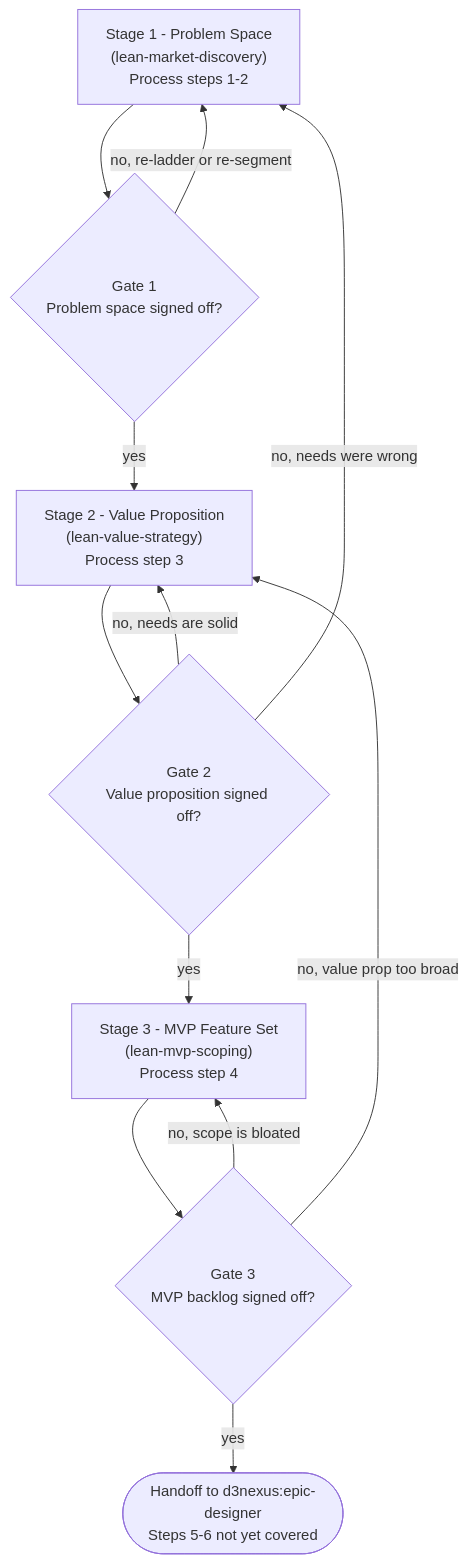
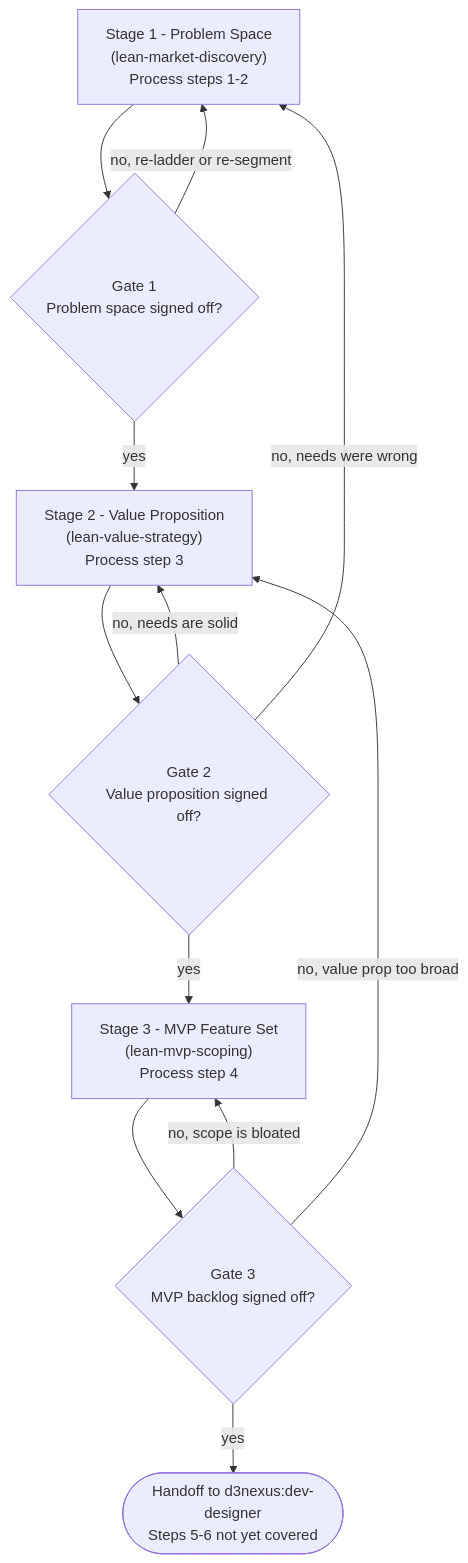
Before and after one commit to DanhDue/ai-agent-tools: the diagram in skills/lean-product-lifecycle/SKILL.md, drawn with Mermaid. The commit also changed other lines of this file and 27 other files, not shown here.

First line of the commit message:
[DOC_LIFECYCLE] Rename the epic-* skills to dev-*

````diff
--- a/skills/lean-product-lifecycle/SKILL.md
+++ b/skills/lean-product-lifecycle/SKILL.md
@@ -77,22 +77,22 @@
 ```mermaid
 flowchart TD
     S1["Stage 1 - Problem Space<br/>(lean-market-discovery)<br/>Process steps 1-2"]
     G1{"Gate 1<br/>Problem space signed off?"}
     S2["Stage 2 - Value Proposition<br/>(lean-value-strategy)<br/>Process step 3"]
     G2{"Gate 2<br/>Value proposition signed off?"}
     S3["Stage 3 - MVP Feature Set<br/>(lean-mvp-scoping)<br/>Process step 4"]
     G3{"Gate 3<br/>MVP backlog signed off?"}
-    OUT(["Handoff to d3nexus:epic-designer<br/>Steps 5-6 not yet covered"])
+    OUT(["Handoff to d3nexus:dev-designer<br/>Steps 5-6 not yet covered"])
 
     S1 --> G1
     G1 -->|no, re-ladder or re-segment| S1
     G1 -->|yes| S2
     S2 --> G2
     G2 -->|no, needs are solid| S2
     G2 -->|no, needs were wrong| S1
     G2 -->|yes| S3
     S3 --> G3
     G3 -->|no, scope is bloated| S3
     G3 -->|no, value prop too broad| S2
     G3 -->|yes| OUT
 ```
````
